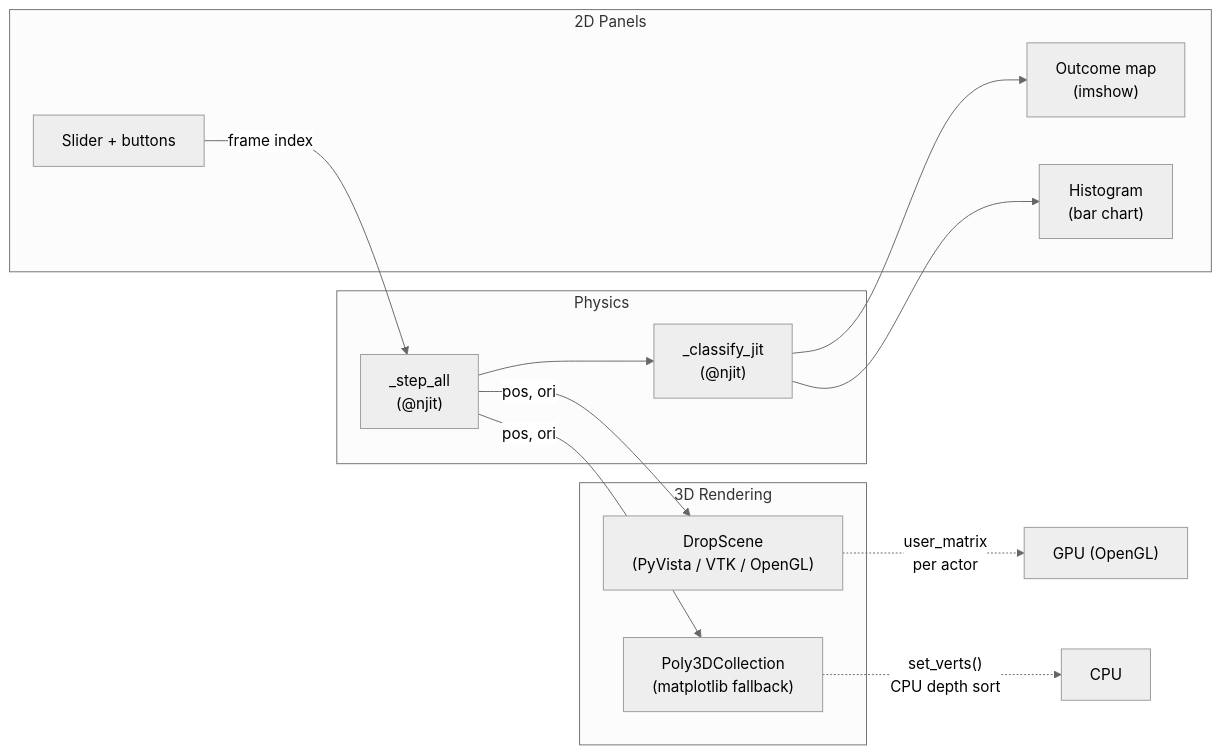
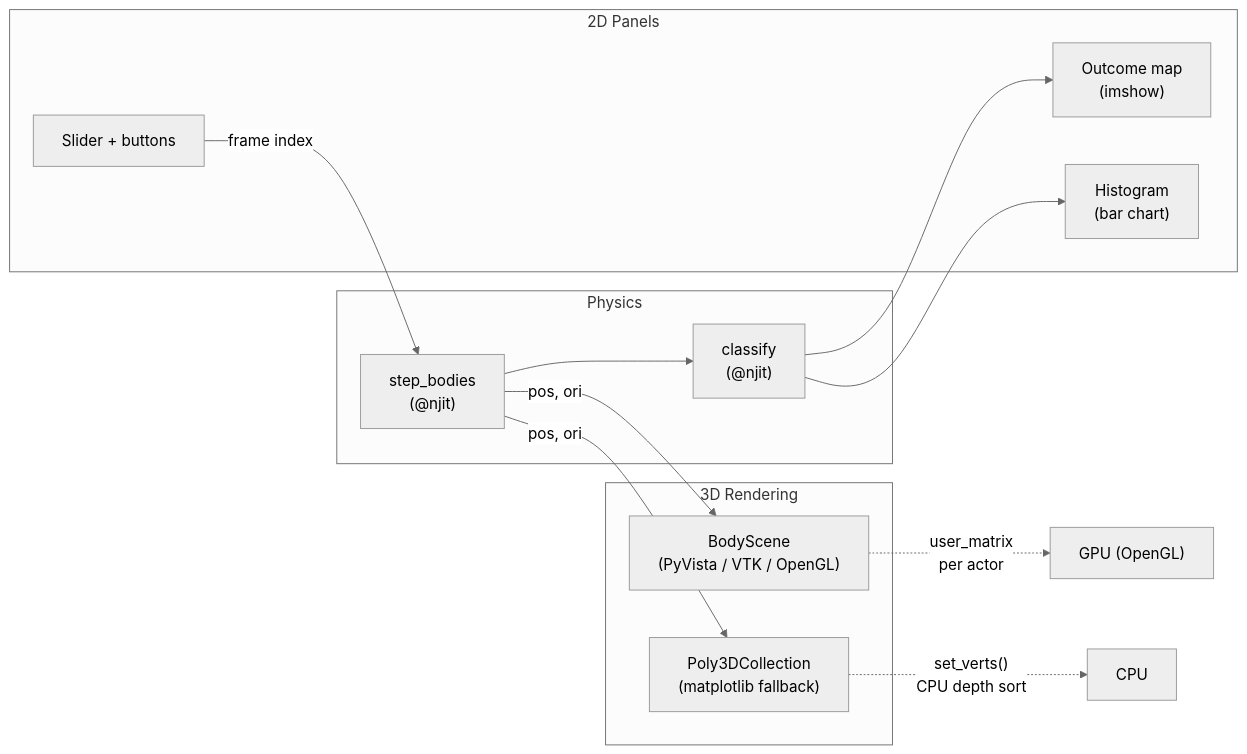
The second of 2 diagrams in docs/drop_experiment.md (welt00n/lab), drawn with Mermaid (neutral theme) before and after one commit. The commit also changed other lines of this file and 91 other files, not shown here.

````diff
--- a/docs/drop_experiment.md
+++ b/docs/drop_experiment.md
@@ -440,27 +440,27 @@
 ```mermaid
 flowchart LR
     subgraph Physics
-        SA["_step_all\n(@njit)"]
-        CL["_classify_jit\n(@njit)"]
+        SA["step_bodies\n(@njit)"]
+        CL["classify\n(@njit)"]
     end
 
     subgraph "3D Rendering"
-        PV["DropScene\n(PyVista / VTK / OpenGL)"]
+        PV["BodyScene\n(PyVista / VTK / OpenGL)"]
         MPL3D["Poly3DCollection\n(matplotlib fallback)"]
     end
 
     subgraph "2D Panels"
         MAP["Outcome map\n(imshow)"]
         HIST["Histogram\n(bar chart)"]
         CTRL["Slider + buttons"]
     end
 
     SA --> CL
     CL --> MAP
     CL --> HIST
     SA -->|"pos, ori"| PV
     SA -->|"pos, ori"| MPL3D
     CTRL -->|frame index| SA
     PV -.->|"user_matrix\nper actor"| GPU_GL["GPU (OpenGL)"]
     MPL3D -.->|"set_verts()\nCPU depth sort"| CPU_RENDER["CPU"]
 ```
````
